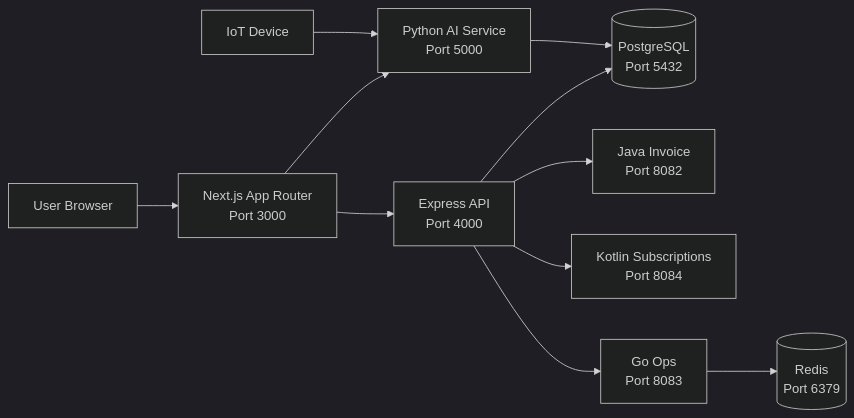
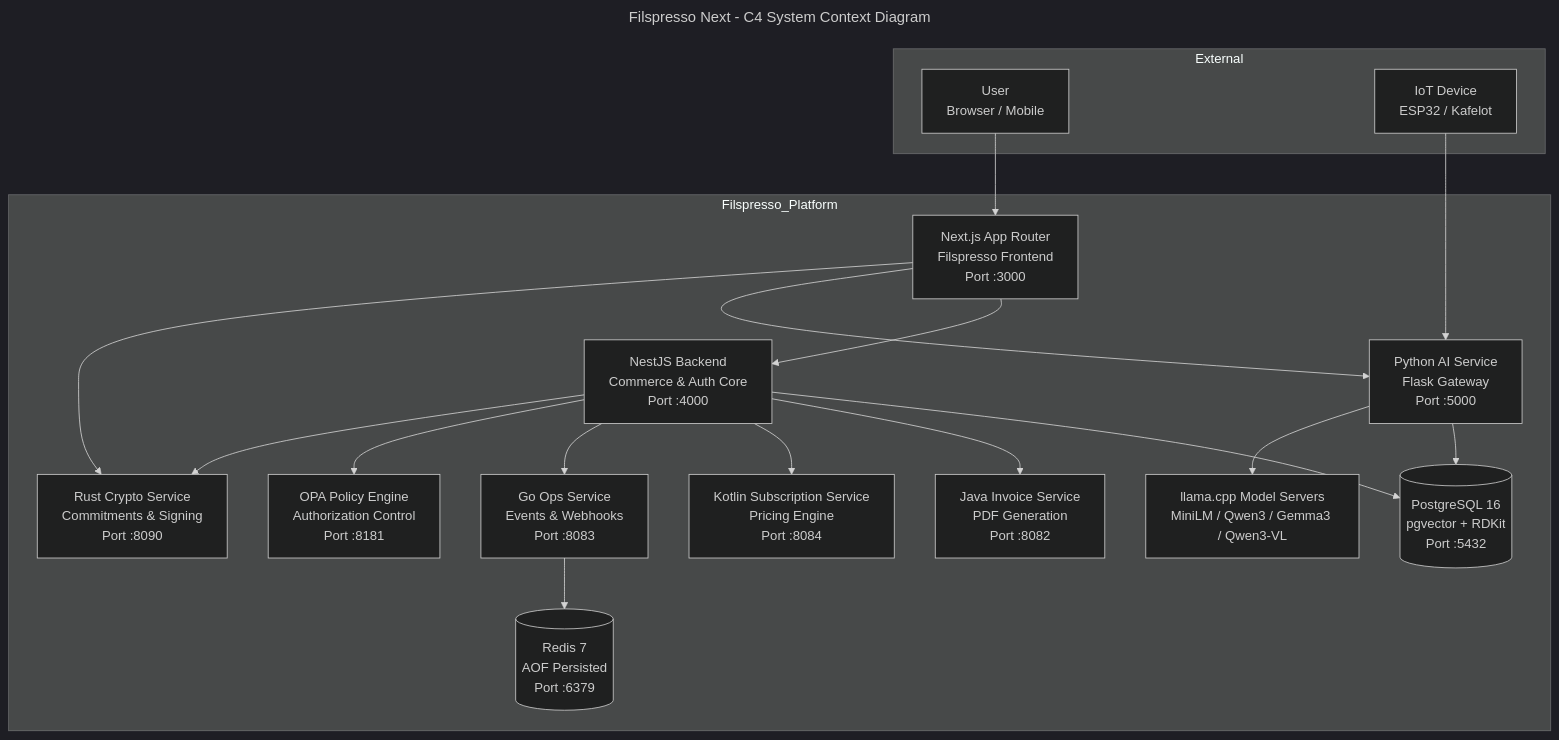
One commit to DarkShadow1107/filspresso_next changed the diagram in docs/uml/system-context-diagram.mmd. Above: the diagram before and after it, drawn with Mermaid (dark theme). The commit also changed 49 other files, not shown here.

Commit message:
Update diagrams

```diff
--- a/docs/uml/system-context-diagram.mmd
+++ b/docs/uml/system-context-diagram.mmd
@@ -1,11 +1,41 @@
-flowchart LR
-    U[User Browser] --> N[Next.js App Router\nPort 3000]
-    N --> E[Express API\nPort 4000]
-    N --> P[Python AI Service\nPort 5000]
-    E --> D[(PostgreSQL\nPort 5432)]
-    E --> J[Java Invoice\nPort 8082]
-    E --> K[Kotlin Subscriptions\nPort 8084]
-    E --> G[Go Ops\nPort 8083]
-    G --> R[(Redis\nPort 6379)]
-    P --> D
-    I[IoT Device] --> P
+---
+title: Filspresso Next - C4 System Context Diagram
+---
+
+flowchart TB
+    U[User<br/>Browser / Mobile] --> N[Next.js App Router<br/>Filspresso Frontend<br/>Port :3000]
+    I[IoT Device<br/>ESP32 / Kafelot] --> P
+
+    N --> NEST[NestJS Backend<br/>Commerce & Auth Core<br/>Port :4000]
+    N --> P[Python AI Service<br/>Flask Gateway<br/>Port :5000]
+    N --> RUST[Rust Crypto Service<br/>Commitments & Signing<br/>Port :8090]
+
+    NEST --> DB[(PostgreSQL 16<br/>pgvector + RDKit<br/>Port :5432)]
+    NEST --> J[Java Invoice Service<br/>PDF Generation<br/>Port :8082]
+    NEST --> K[Kotlin Subscription Service<br/>Pricing Engine<br/>Port :8084]
+    NEST --> G[Go Ops Service<br/>Events & Webhooks<br/>Port :8083]
+    NEST --> OPA[OPA Policy Engine<br/>Authorization Control<br/>Port :8181]
+    NEST --> RUST
+
+    G --> R[(Redis 7<br/>AOF Persisted<br/>Port :6379)]
+    P --> DB
+    P --> LLAMA[llama.cpp Model Servers<br/>MiniLM / Qwen3 / Gemma3 / Qwen3-VL]
+
+    subgraph External
+        U
+        I
+    end
+
+    subgraph Filspresso_Platform
+        N
+        NEST
+        P
+        J
+        K
+        G
+        RUST
+        OPA
+        LLAMA
+        DB
+        R
+    end
```
